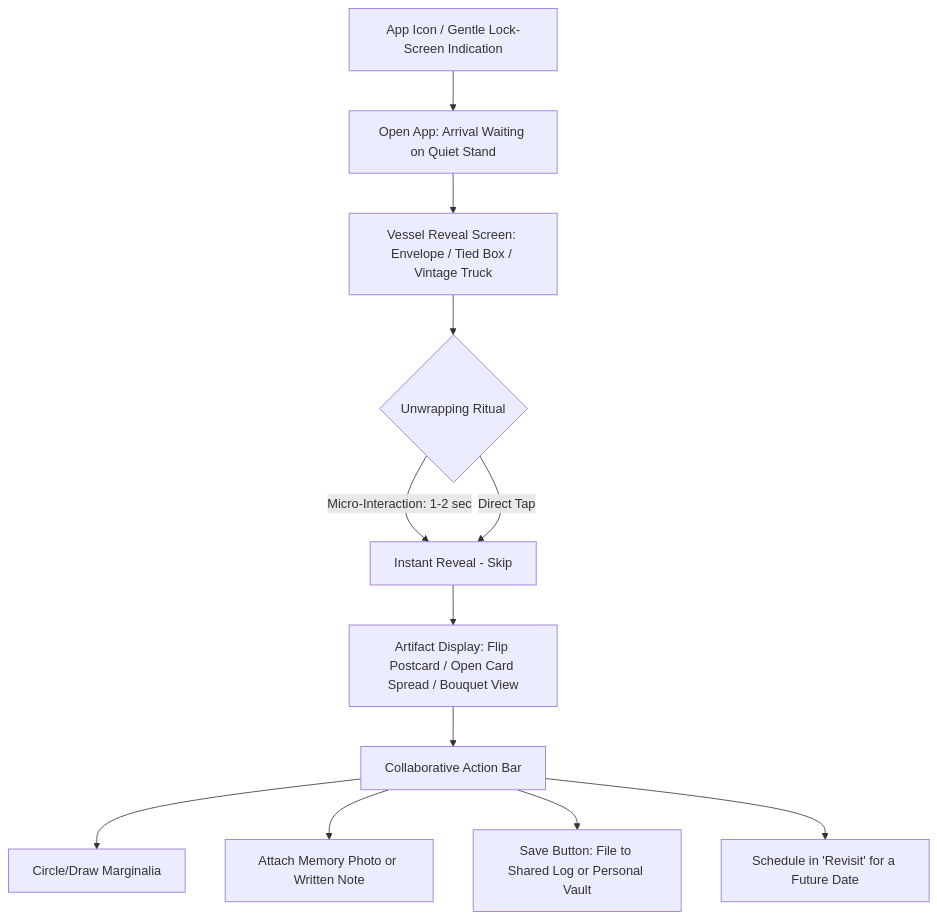
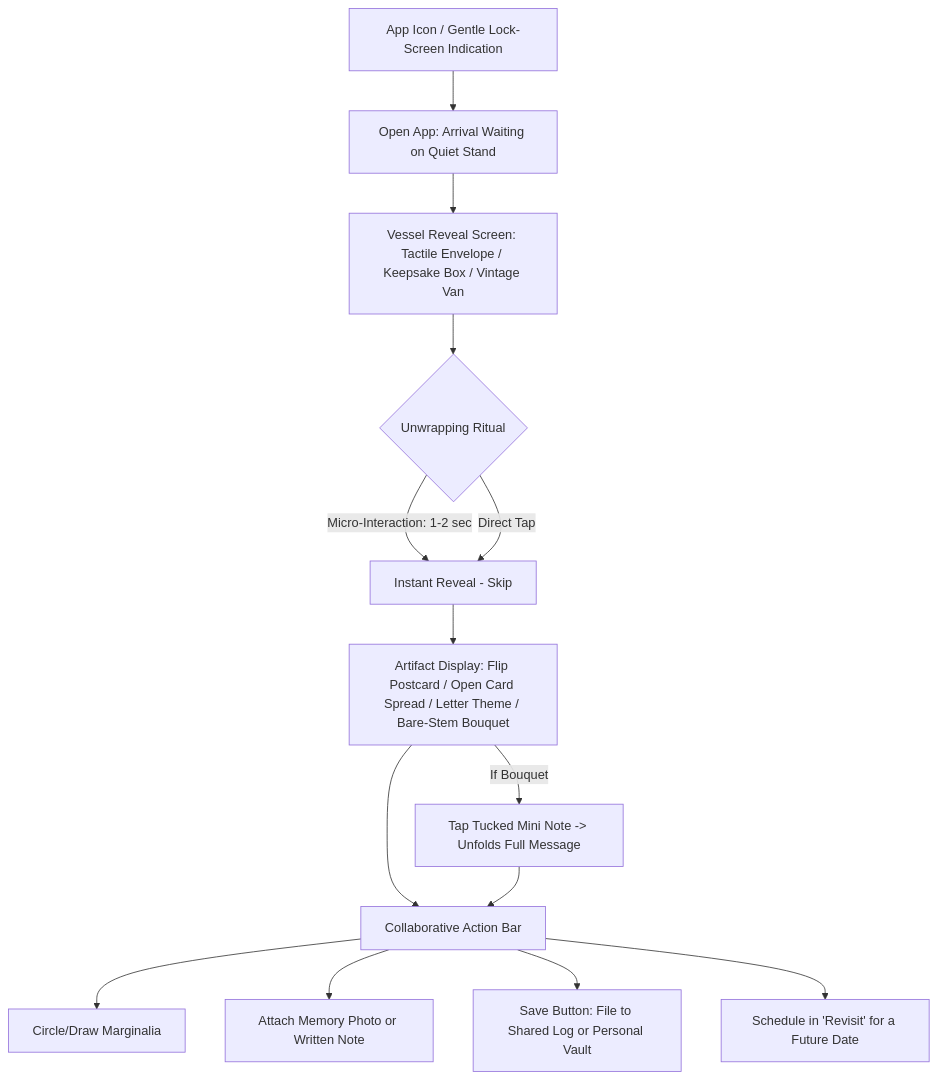
One commit to NIFT-Information-Architecture-2026/Saanvi_BD-24-N1830 changed the second of 3 diagrams in WIREFRAMES.md. Above: the diagram before and after it, drawn with Mermaid. The commit also changed other lines of this file and 6 other files, not shown here.

Commit message:
docs(specs): synchronize all markdown documentation with bouquet redesign, letter themes, and delivery vessel specifications

````diff
--- a/WIREFRAMES.md
+++ b/WIREFRAMES.md
@@ -26,14 +42,16 @@
 ```mermaid
 graph TD
     A1[App Icon / Gentle Lock-Screen Indication] --> B1[Open App: Arrival Waiting on Quiet Stand]
-    B1 --> C1[Vessel Reveal Screen: Envelope / Tied Box / Vintage Truck]
+    B1 --> C1[Vessel Reveal Screen: Tactile Envelope / Keepsake Box / Vintage Van]
     C1 --> D1{"Unwrapping Ritual"}
-    D1 -->|Micro-Interaction: 1-2 sec| E1[Unfold Flaps / Untie Ribbon / Open Truck Door]
+    D1 -->|Micro-Interaction: 1-2 sec| E1[Slide Envelope Seal / Untie Box Ribbon / Open Truck Door]
     D1 -->|Direct Tap| E1[Instant Reveal - Skip]
-    E1 --> F1[Artifact Display: Flip Postcard / Open Card Spread / Bouquet View]
+    E1 --> F1[Artifact Display: Flip Postcard / Open Card Spread / Letter Theme / Bare-Stem Bouquet]
+    F1 -->|If Bouquet| BQ_Tap[Tap Tucked Mini Note -> Unfolds Full Message]
     F1 --> G1[Collaborative Action Bar]
+    BQ_Tap --> G1
     G1 --> H1[Circle/Draw Marginalia]
     G1 --> I1[Attach Memory Photo or Written Note]
     G1 --> J1["Save Button: File to Shared Log or Personal Vault"]
     G1 --> K1["Schedule in 'Revisit' for a Future Date"]
 ```
````
